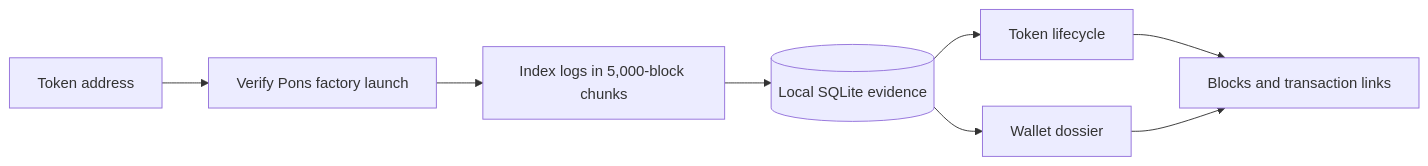
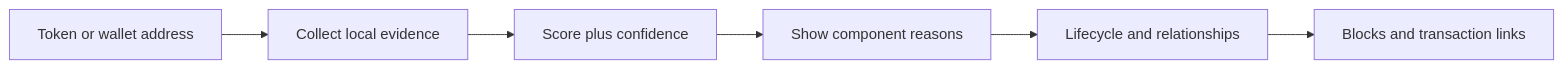
The diagram in README.md (kocer6/MEERKAT), drawn with Mermaid before and after one commit. The commit also changed other lines of this file and 23 other files, not shown here.

````diff
--- a/README.md
+++ b/README.md
@@ -74,10 +76,8 @@
 ```mermaid
 flowchart LR
-  A[Token address] --> B[Verify Pons factory launch]
-  B --> C[Index logs in 5,000-block chunks]
-  C --> D[(Local SQLite evidence)]
-  D --> E[Token lifecycle]
-  D --> F[Wallet dossier]
-  E --> G[Blocks and transaction links]
-  F --> G
+  A[Token or wallet address] --> B[Collect local evidence]
+  B --> C[Score plus confidence]
+  C --> D[Show component reasons]
+  D --> E[Lifecycle and relationships]
+  E --> F[Blocks and transaction links]
 ```
````
